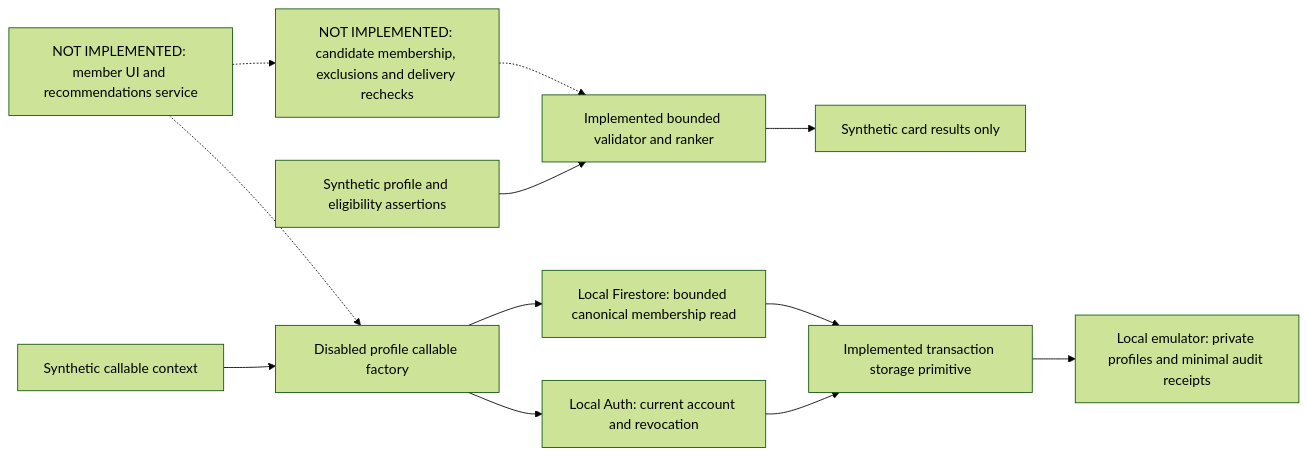
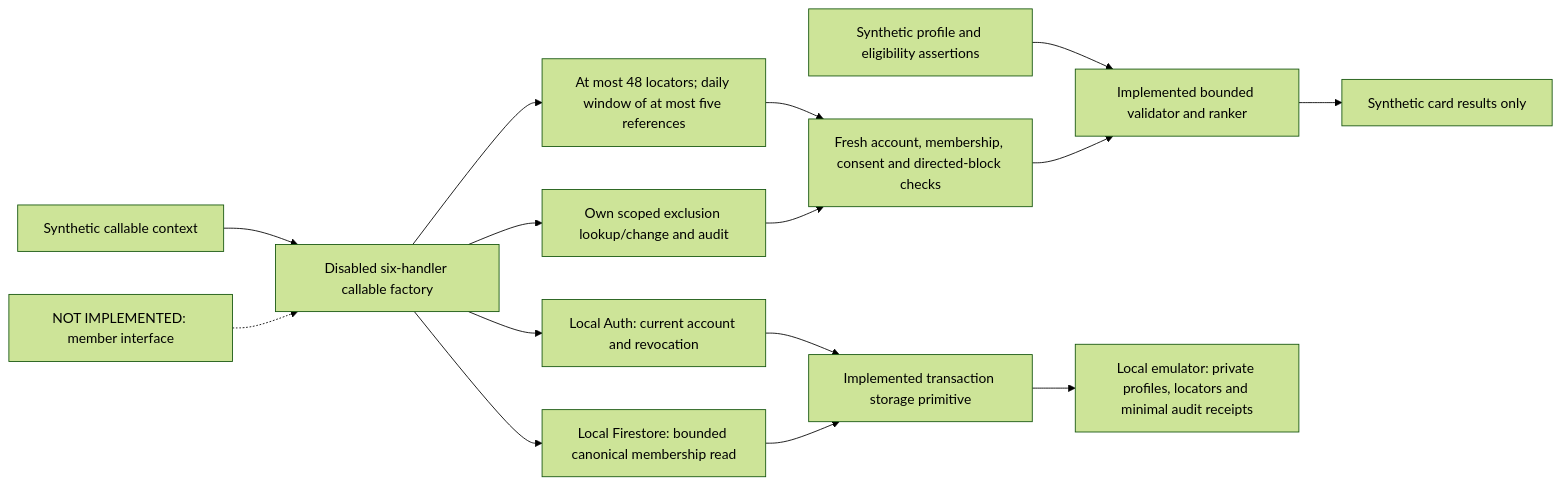
Before and after one commit to Run-MPRC/Run-MPRC.github.io: the diagram in docs/RUNNER_CONNECTIONS.md, drawn with Mermaid (forest theme). The commit also changed other lines of this file and 18 other files, not shown here.

First line of the commit message:
Bound runner suggestions and add private hide/block controls

````diff
--- a/docs/RUNNER_CONNECTIONS.md
+++ b/docs/RUNNER_CONNECTIONS.md
@@ -148,14 +211,17 @@
 ```mermaid
 flowchart LR
   Fixture["Synthetic profile and eligibility assertions"] --> Core["Implemented bounded validator and ranker"]
   Core --> Cards["Synthetic card results only"]
-  Commands["Synthetic callable context"] --> Service["Disabled profile callable factory"]
+  Commands["Synthetic callable context"] --> Service["Disabled six-handler callable factory"]
   Service --> Auth["Local Auth: current account and revocation"]
   Service --> Membership["Local Firestore: bounded canonical membership read"]
   Auth --> Store["Implemented transaction storage primitive"]
   Membership --> Store
-  Store --> Private["Local emulator: private profiles and minimal audit receipts"]
-  Future["NOT IMPLEMENTED: member UI and recommendations service"] -.-> Service
-  Future -.-> Recheck["NOT IMPLEMENTED: candidate membership, exclusions and delivery rechecks"]
-  Recheck -.-> Core
+  Store --> Private["Local emulator: private profiles, locators and minimal audit receipts"]
+  Service --> Window["At most 48 locators; daily window of at most five references"]
+  Window --> Recheck["Fresh account, membership, consent and directed-block checks"]
+  Recheck --> Core
+  Service --> Controls["Own scoped exclusion lookup/change and audit"]
+  Controls --> Recheck
+  Future["NOT IMPLEMENTED: member interface"] -.-> Service
 ```
````
